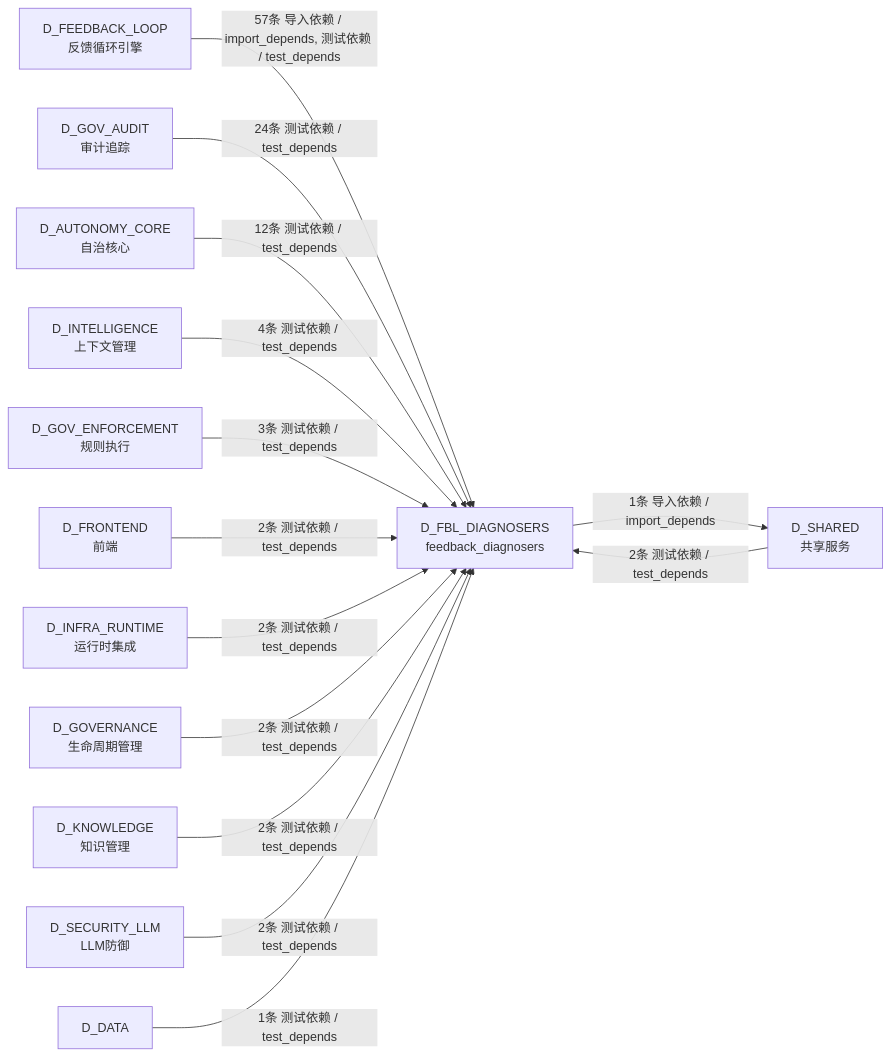
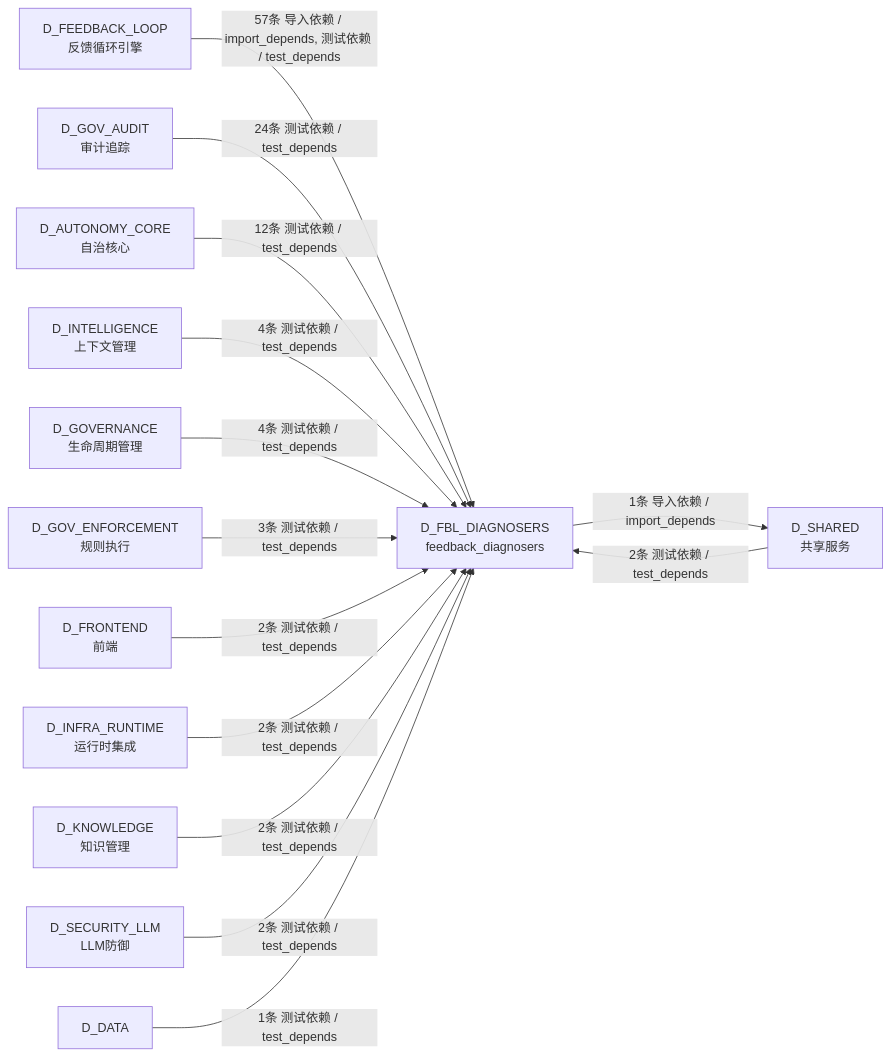
The sixth of 6 diagrams in docs/02_enterprise_architecture/02_domain_architecture_docs/12_d_fbl_diagnosers.md (xuanFelixVan/ZephyrAlpha), drawn with Mermaid before and after one commit. The commit also changed other lines of this file and 126 other files, not shown here.

````diff
--- a/docs/02_enterprise_architecture/02_domain_architecture_docs/12_d_fbl_diagnosers.md
+++ b/docs/02_enterprise_architecture/02_domain_architecture_docs/12_d_fbl_diagnosers.md
@@ -604,29 +602,29 @@
 ```mermaid
 graph LR
     D_FBL_DIAGNOSERS["D_FBL_DIAGNOSERS<br/>feedback_diagnosers"]
     D_SHARED["D_SHARED<br/>共享服务"]
     D_FEEDBACK_LOOP["D_FEEDBACK_LOOP<br/>反馈循环引擎"]
     D_GOV_AUDIT["D_GOV_AUDIT<br/>审计追踪"]
     D_AUTONOMY_CORE["D_AUTONOMY_CORE<br/>自治核心"]
     D_INTELLIGENCE["D_INTELLIGENCE<br/>上下文管理"]
+    D_GOVERNANCE["D_GOVERNANCE<br/>生命周期管理"]
     D_GOV_ENFORCEMENT["D_GOV_ENFORCEMENT<br/>规则执行"]
     D_FRONTEND["D_FRONTEND<br/>前端"]
     D_INFRA_RUNTIME["D_INFRA_RUNTIME<br/>运行时集成"]
-    D_GOVERNANCE["D_GOVERNANCE<br/>生命周期管理"]
     D_KNOWLEDGE["D_KNOWLEDGE<br/>知识管理"]
     D_SECURITY_LLM["D_SECURITY_LLM<br/>LLM防御"]
     D_DATA["D_DATA"]
     D_FBL_DIAGNOSERS -->|1条 导入依赖 / import_depends| D_SHARED
     D_FEEDBACK_LOOP -->|57条 导入依赖 / import_depends, 测试依赖 / test_depends| D_FBL_DIAGNOSERS
     D_GOV_AUDIT -->|24条 测试依赖 / test_depends| D_FBL_DIAGNOSERS
     D_AUTONOMY_CORE -->|12条 测试依赖 / test_depends| D_FBL_DIAGNOSERS
     D_INTELLIGENCE -->|4条 测试依赖 / test_depends| D_FBL_DIAGNOSERS
+    D_GOVERNANCE -->|4条 测试依赖 / test_depends| D_FBL_DIAGNOSERS
     D_GOV_ENFORCEMENT -->|3条 测试依赖 / test_depends| D_FBL_DIAGNOSERS
-    D_SHARED -->|2条 测试依赖 / test_depends| D_FBL_DIAGNOSERS
     D_FRONTEND -->|2条 测试依赖 / test_depends| D_FBL_DIAGNOSERS
     D_INFRA_RUNTIME -->|2条 测试依赖 / test_depends| D_FBL_DIAGNOSERS
-    D_GOVERNANCE -->|2条 测试依赖 / test_depends| D_FBL_DIAGNOSERS
     D_KNOWLEDGE -->|2条 测试依赖 / test_depends| D_FBL_DIAGNOSERS
     D_SECURITY_LLM -->|2条 测试依赖 / test_depends| D_FBL_DIAGNOSERS
+    D_SHARED -->|2条 测试依赖 / test_depends| D_FBL_DIAGNOSERS
     D_DATA -->|1条 测试依赖 / test_depends| D_FBL_DIAGNOSERS
 ```
````
